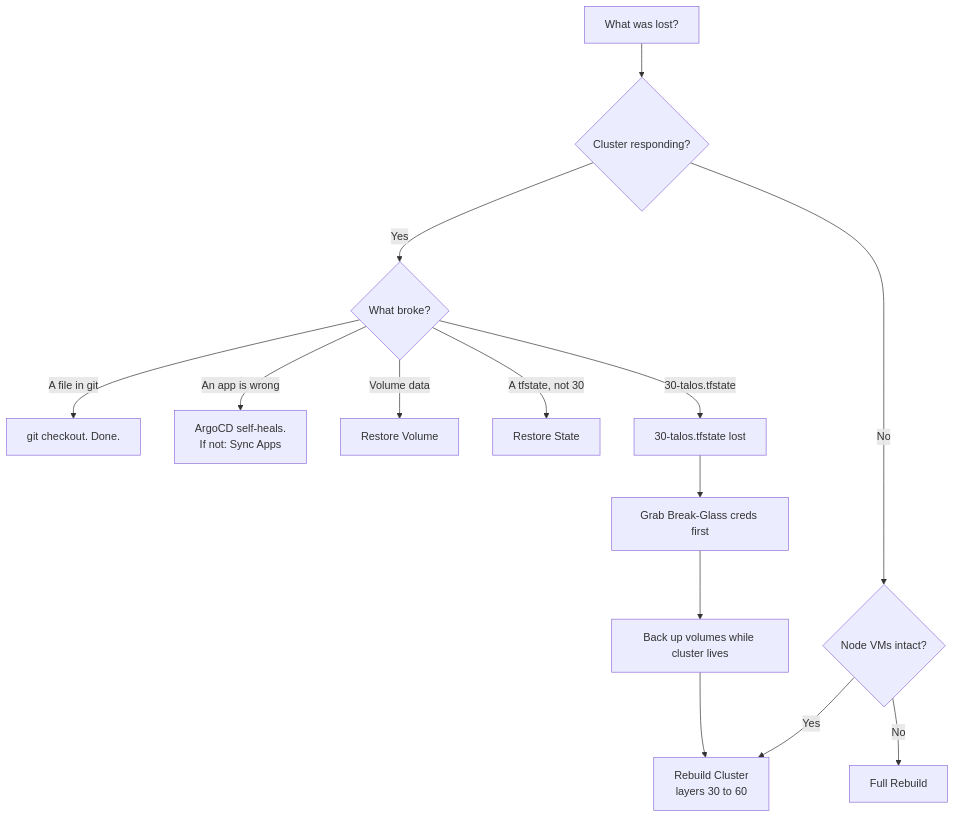
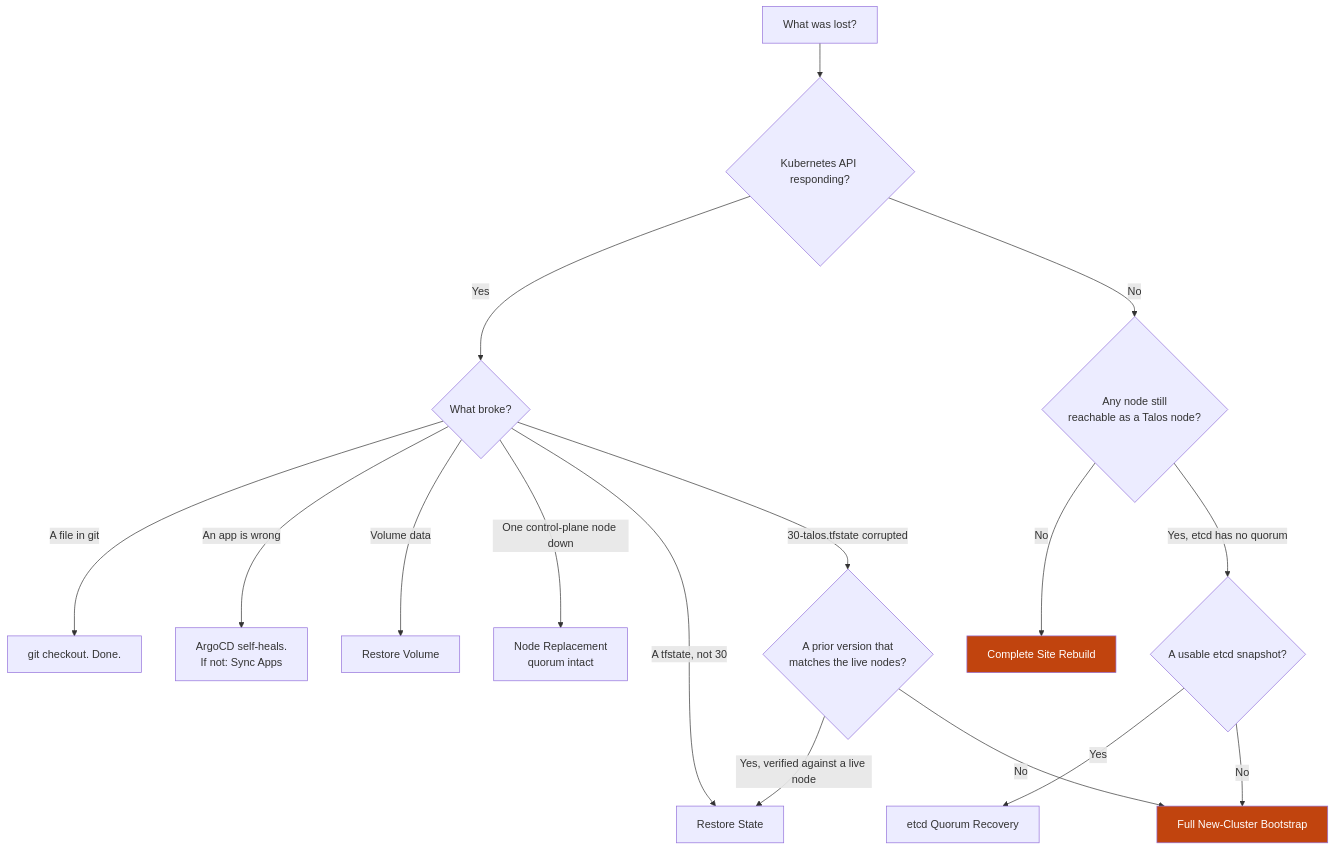
Before and after one commit to RYFOJE/Home_Lab: the first of 2 diagrams in documentation/infrastructure/disaster_recovery.md, drawn with Mermaid. The commit also changed other lines of this file and 2 other files, not shown here.

````diff
--- a/documentation/infrastructure/disaster_recovery.md
+++ b/documentation/infrastructure/disaster_recovery.md
@@ -10,19 +20,25 @@
 ```mermaid
 flowchart TD
-    A[What was lost?] --> B{Cluster responding?}
+    A[What was lost?] --> B{Kubernetes API responding?}
+
     B -->|Yes| C{What broke?}
-    B -->|No| D{Node VMs intact?}
-
     C -->|A file in git| C1[git checkout. Done.]
     C -->|An app is wrong| C2[ArgoCD self-heals.<br/>If not: Sync Apps]
     C -->|Volume data| C3[Restore Volume]
+    C -->|One control-plane node down| C5[Node Replacement<br/>quorum intact]
     C -->|A tfstate, not 30| C4[Restore State]
-    C -->|30-talos.tfstate| E
+    C -->|30-talos.tfstate corrupted| S{A prior version that<br/>matches the live nodes?}
 
-    D -->|Yes| D1[Rebuild Cluster<br/>layers 30 to 60]
-    D -->|No| D2[Full Rebuild]
+    B -->|No| D{Any node still<br/>reachable as a Talos node?}
+    D -->|No| R[Complete Site Rebuild]
+    D -->|Yes, etcd has no quorum| E{A usable etcd snapshot?}
 
-    E[30-talos.tfstate lost] --> E1[Grab Break-Glass creds first]
-    E1 --> E2[Back up volumes while cluster lives]
-    E2 --> D1
+    E -->|Yes| P2[etcd Quorum Recovery]
+    E -->|No| P3[Full New-Cluster Bootstrap]
+
+    S -->|Yes, verified against a live node| C4
+    S -->|No| P3
+
+    style R fill:#c1440e,color:#fff
+    style P3 fill:#c1440e,color:#fff
 ```
````
